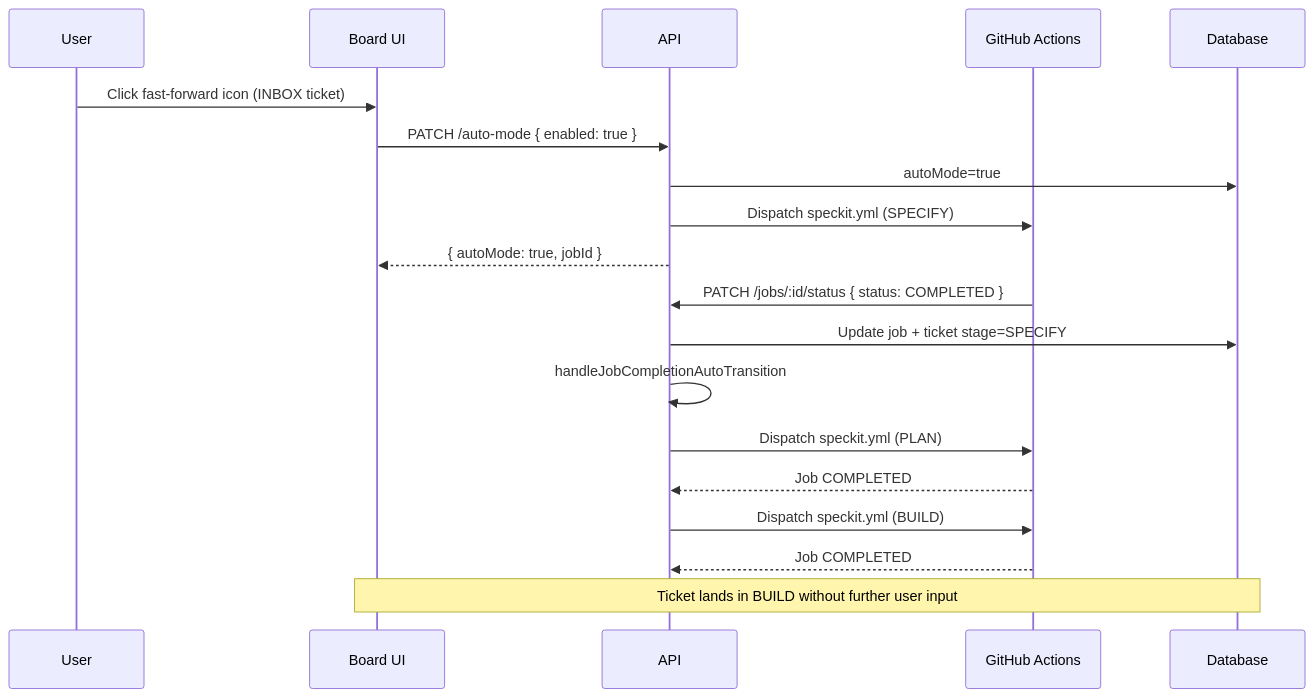
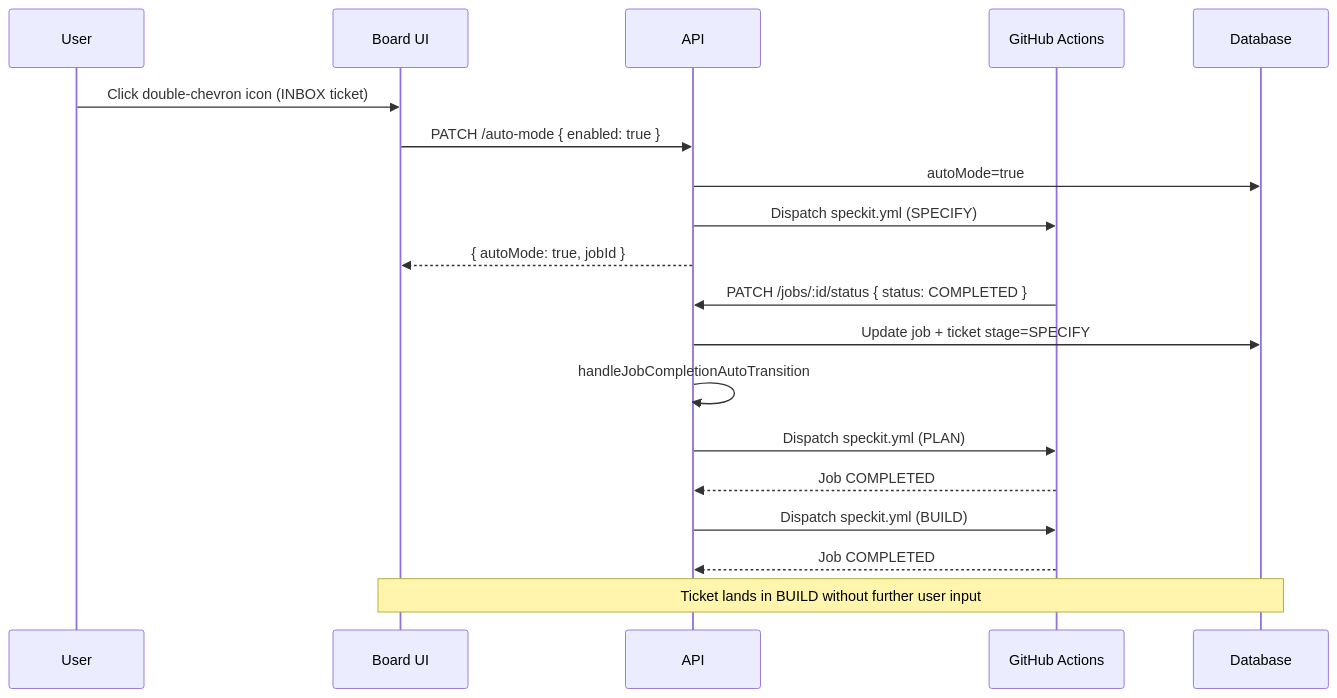
One commit to bfernandez31/ai-board changed the third of 6 diagrams in specs/specifications/functional/04-automation.md. Above: the diagram before and after it, drawn with Mermaid. The commit also changed other lines of this file and 6 other files, not shown here.

````diff
--- a/specs/specifications/functional/04-automation.md
+++ b/specs/specifications/functional/04-automation.md
@@ -305,22 +305,22 @@
 ```mermaid
 sequenceDiagram
     participant U as User
     participant UI as Board UI
     participant API as API
     participant WF as GitHub Actions
     participant DB as Database
 
-    U->>UI: Click fast-forward icon (INBOX ticket)
+    U->>UI: Click double-chevron icon (INBOX ticket)
     UI->>API: PATCH /auto-mode { enabled: true }
     API->>DB: autoMode=true
     API->>WF: Dispatch speckit.yml (SPECIFY)
     API-->>UI: { autoMode: true, jobId }
     WF->>API: PATCH /jobs/:id/status { status: COMPLETED }
     API->>DB: Update job + ticket stage=SPECIFY
     API->>API: handleJobCompletionAutoTransition
     API->>WF: Dispatch speckit.yml (PLAN)
     WF-->>API: Job COMPLETED
     API->>WF: Dispatch speckit.yml (BUILD)
     WF-->>API: Job COMPLETED
     Note over UI,DB: Ticket lands in BUILD without further user input
 ```
````
